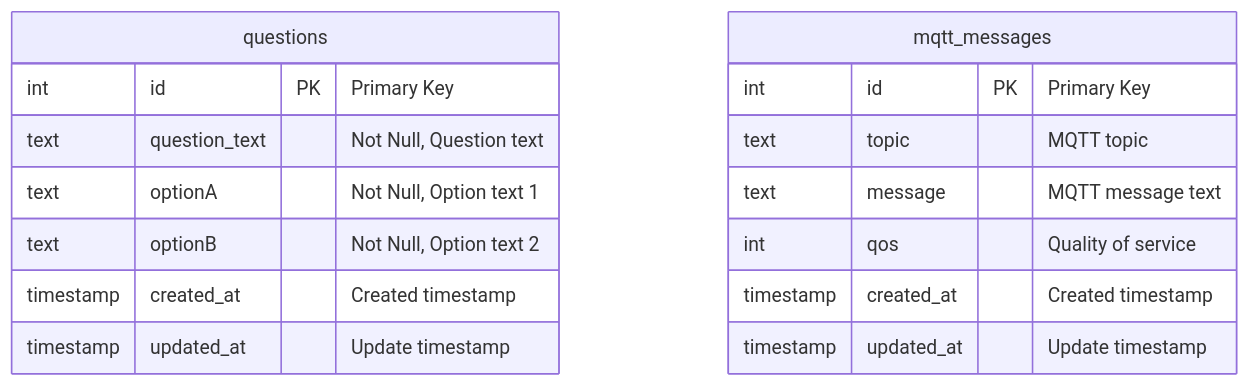
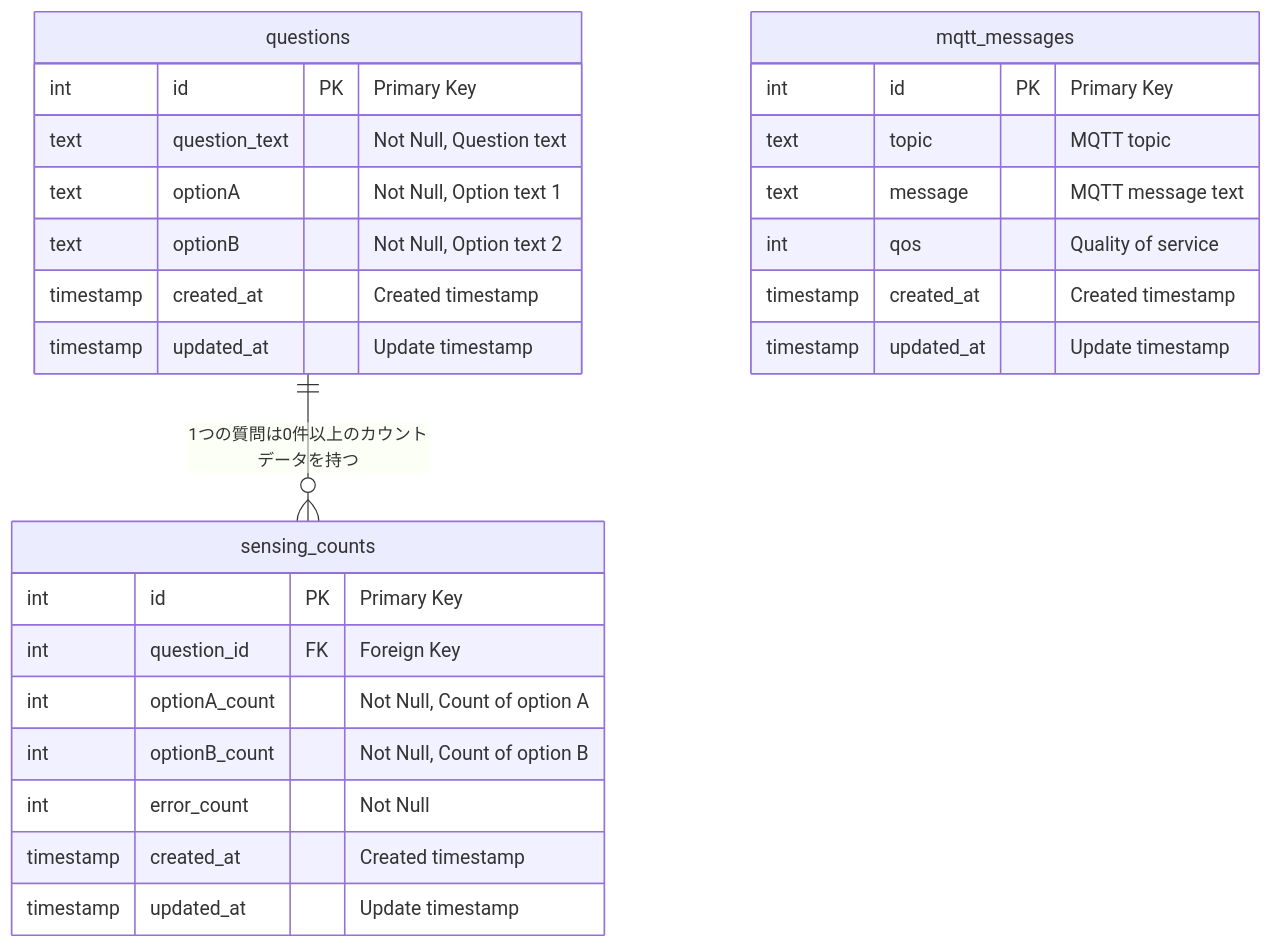
The diagram in docs/db.md (Hhelibebcnofne/escalator-enquete), drawn with Mermaid before and after one commit. The commit also changed other lines of this file, not shown here.

Commit message:
feat: Add sensing_counts table to db doc

````diff
--- a/docs/db.md
+++ b/docs/db.md
@@ -5,22 +5,34 @@
 ```mermaid
 erDiagram
 
     questions {
         int id PK "Primary Key"
         text question_text "Not Null, Question text"
         text optionA "Not Null, Option text 1"
         text optionB "Not Null, Option text 2"
+        timestamp created_at "Created timestamp"
+        timestamp updated_at "Update timestamp"
+    }
+
+    sensing_counts {
+        int id PK "Primary Key"
+        int question_id FK "Foreign Key"
+        int optionA_count "Not Null, Count of option A"
+        int optionB_count "Not Null, Count of option B"
+        int error_count "Not Null"
         timestamp created_at "Created timestamp"
         timestamp updated_at "Update timestamp"
     }
 
     mqtt_messages {
         int id PK "Primary Key"
         text topic "MQTT topic"
         text message "MQTT message text"
         int qos "Quality of service"
         timestamp created_at "Created timestamp"
         timestamp updated_at "Update timestamp"
     }
 
+    questions ||--o{ sensing_counts : "1つの質問は0件以上のカウントデータを持つ"
+
 ```
````
